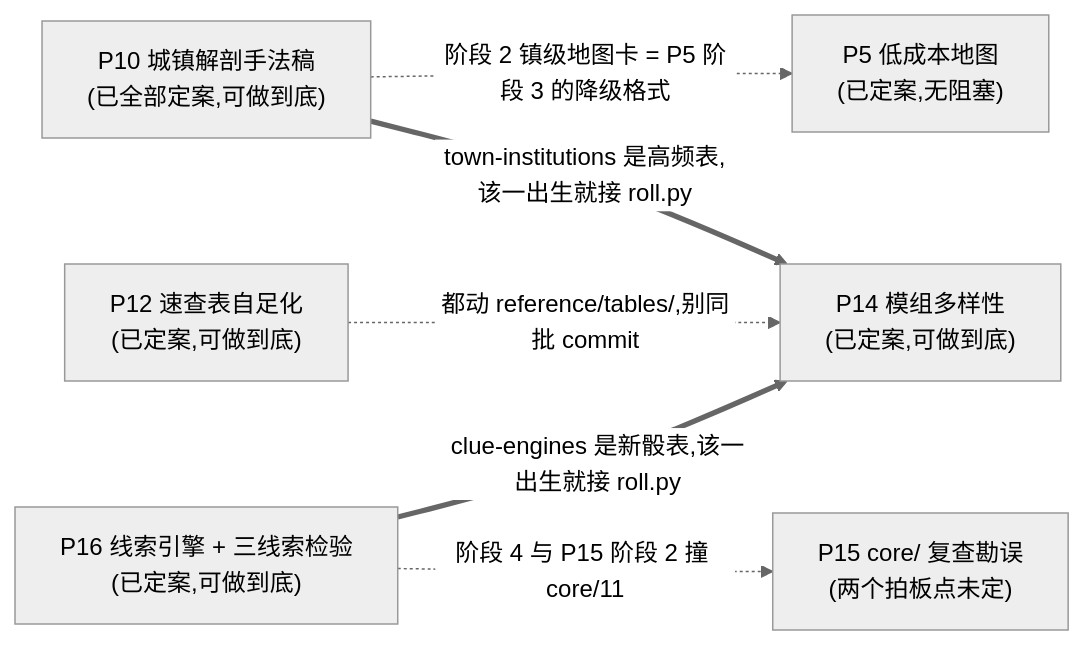
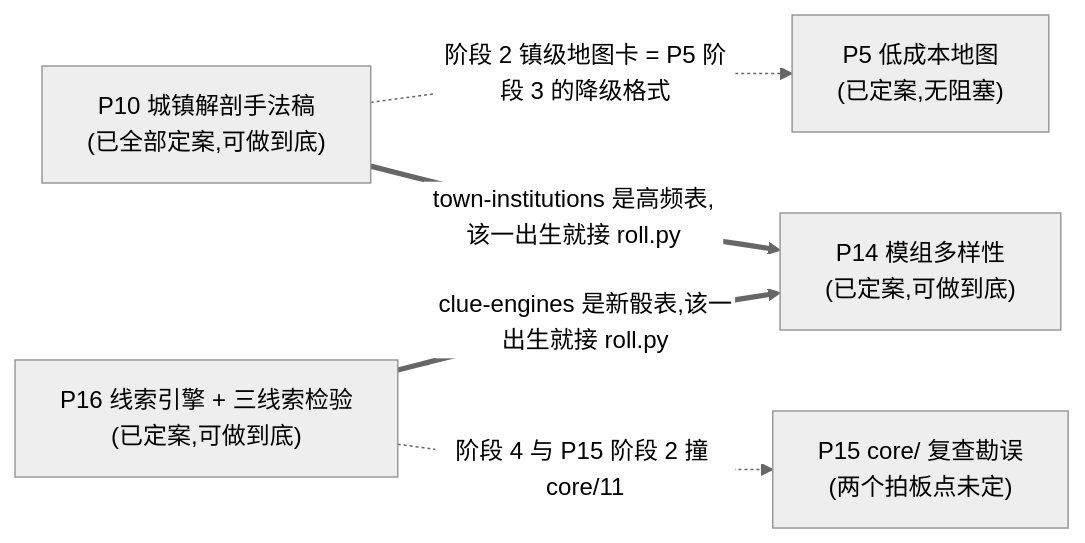
One commit to Mzihong/coc-keeper-kit changed the diagram in update_plan/README.md. Above: the diagram before and after it, drawn with Mermaid (neutral theme). The commit also changed other lines of this file and 11 other files, not shown here.

````diff
--- a/update_plan/README.md
+++ b/update_plan/README.md
@@ -29,15 +28,13 @@
 ```mermaid
 graph LR
     P5["P5 低成本地图<br/>(已定案,无阻塞)"]
     P10["P10 城镇解剖手法稿<br/>(已全部定案,可做到底)"]
-    P12["P12 速查表自足化<br/>(已定案,可做到底)"]
     P14["P14 模组多样性<br/>(已定案,可做到底)"]
     P15["P15 core/ 复查勘误<br/>(两个拍板点未定)"]
     P16["P16 线索引擎 + 三线索检验<br/>(已定案,可做到底)"]
 
     P10 -. 阶段 2 镇级地图卡 = P5 阶段 3 的降级格式 .-> P5
-    P12 -. 都动 reference/tables/,别同批 commit .-> P14
     P10 == town-institutions 是高频表,该一出生就接 roll.py ==> P14
     P16 == clue-engines 是新骰表,该一出生就接 roll.py ==> P14
     P16 -. 阶段 4 与 P15 阶段 2 撞 core/11 .-> P15
 ```
````
